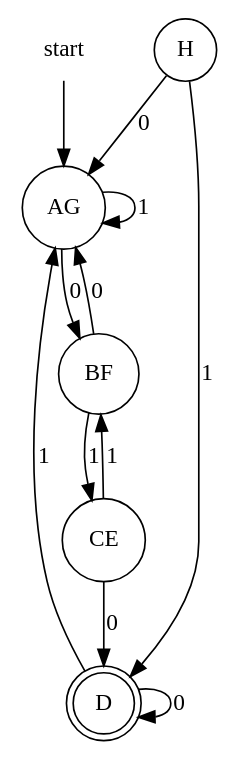
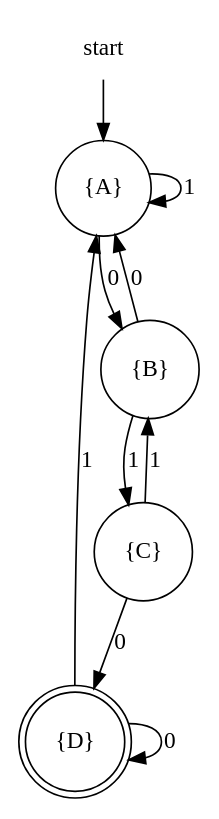
One commit to evertheylen/TA_TO changed the diagram in Helix/testbestanden/TFA/Expectedfile1.dot. Above: the diagram before and after it, drawn with Graphviz. The commit also changed 7 other files, not shown here.

```diff
--- a/Helix/testbestanden/TFA/Expectedfile1.dot
+++ b/Helix/testbestanden/TFA/Expectedfile1.dot
@@ -1,16 +1,14 @@
 digraph automaton {
-	node [shape=none]; start;
-	node [shape=doublecircle]; "D";
-	node [shape=circle];
-	start -> "AG"
-	"AG" -> "BF" [label="0"]
-	"AG" -> "AG" [label="1"]
-	"BF" -> "AG" [label="0"]
-	"BF" -> "CE" [label="1"]
-	"CE" -> "D" [label="0"]
-	"CE" -> "BF" [label="1"]
-	"D" -> "D" [label="0"]
-	"D" -> "AG" [label="1"]
-	"H" -> "AG" [label="0"]
-	"H" -> "D" [label="1"]
-	}
+    node [shape=none]; start;
+    node [shape=doublecircle]; "{D}";
+    node [shape=circle];
+    start -> "{A}";
+    "{A}" -> "{B}" [label="0"];
+    "{A}" -> "{A}" [label="1"];
+    "{B}" -> "{A}" [label="0"];
+    "{B}" -> "{C}" [label="1"];
+    "{C}" -> "{D}" [label="0"];
+    "{C}" -> "{B}" [label="1"];
+    "{D}" -> "{D}" [label="0"];
+    "{D}" -> "{A}" [label="1"];
+}
```
